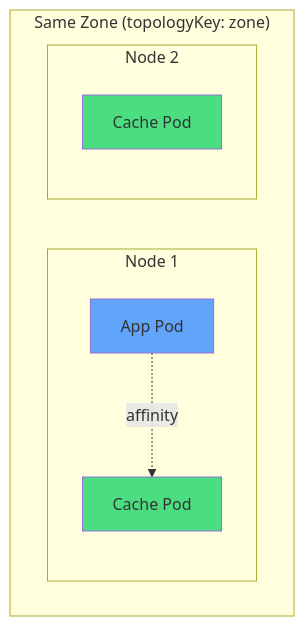
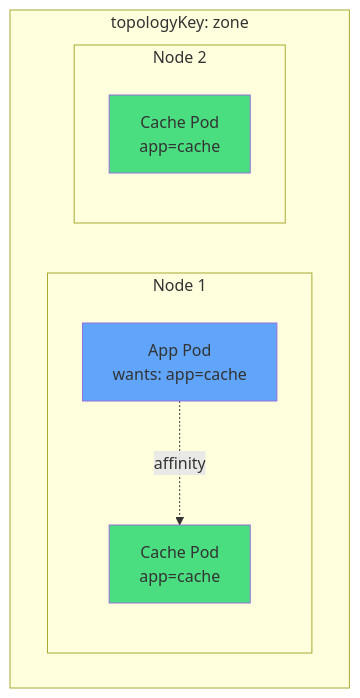
One commit to courselabs/kubernetes changed the fifth of 8 diagrams in slides/affinity/slides.md. Above: the diagram before and after it, drawn with Mermaid. The commit also changed other lines of this file and 7 other files, not shown here.

````diff
--- a/slides/affinity/slides.md
+++ b/slides/affinity/slides.md
@@ -255,16 +275,16 @@
 ```mermaid
 graph TB
-    subgraph Zone["Same Zone (topologyKey: zone)"]
+    subgraph Zone["topologyKey: zone"]
         subgraph Node1[Node 1]
-            P1[Cache Pod]
-            P2[App Pod]
+            Cache[Cache Pod<br/>app=cache]
+            App[App Pod<br/>wants: app=cache]
         end
         subgraph Node2[Node 2]
-            P3[Cache Pod]
+            Cache2[Cache Pod<br/>app=cache]
         end
     end
-    P2 -.->|affinity| P1
-    style P1 fill:#4ade80
-    style P2 fill:#60a5fa
-    style P3 fill:#4ade80
+    App -.affinity.-> Cache
+    style Cache fill:#4ade80
+    style App fill:#60a5fa
+    style Cache2 fill:#4ade80
 ```
````
